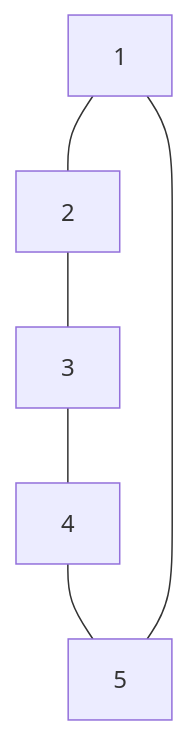
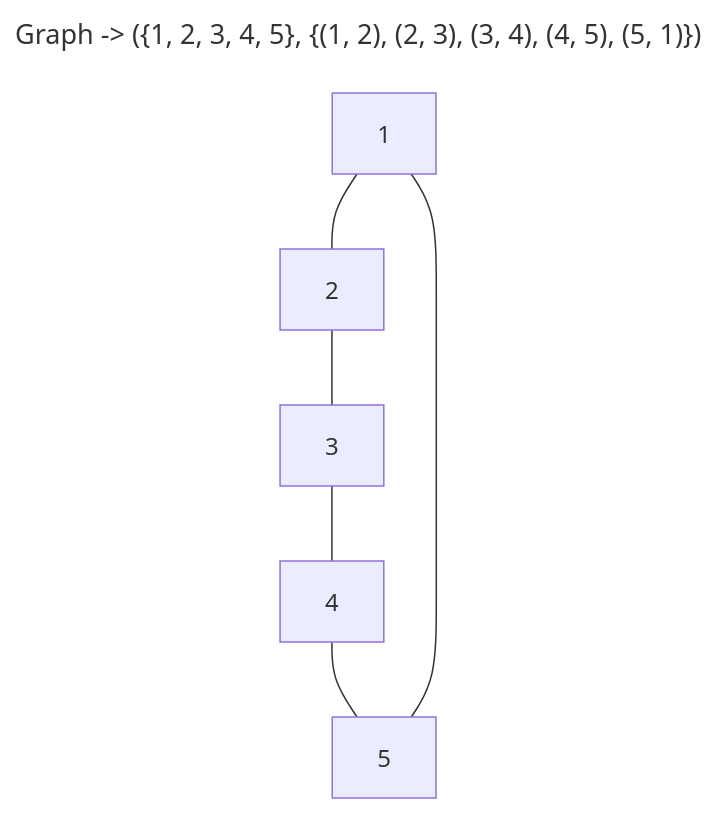
Before and after one commit to Prodaturu/Obsidian: the diagram in Mathematical Notions and Terminology in Information Theory 0.2.md, drawn with Mermaid. The commit also changed 2 other files, not shown here.

Commit message:
vault sync: 2025-11-17 16:11:54

````diff
--- a/Mathematical Notions and Terminology in Information Theory 0.2.md
+++ b/Mathematical Notions and Terminology in Information Theory 0.2.md
@@ -373,8 +373,11 @@
 ```mermaid
+---
+title: Graph -> ({1, 2, 3, 4, 5}, {(1, 2), (2, 3), (3, 4), (4, 5), (5, 1)})
+---
 graph
     1 --- 2
     2 --- 3
     3 --- 4
     4 --- 5
     5 --- 1
 ```
````
